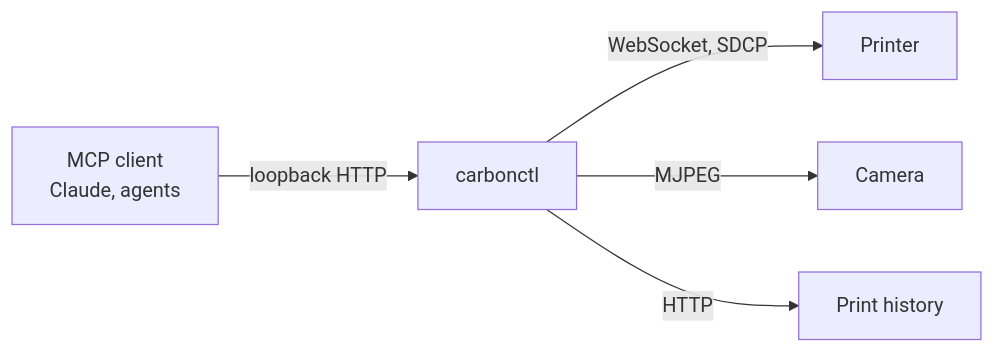
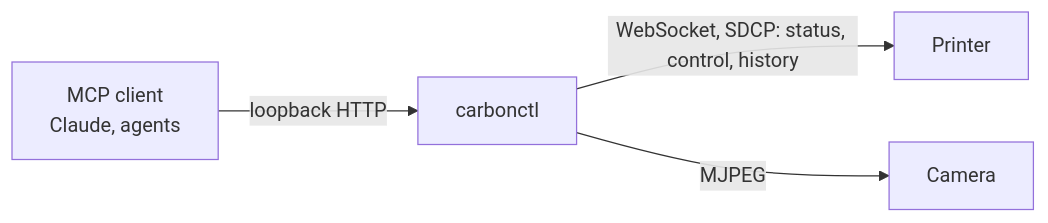
The diagram in README.md (kuhree/carbonctl), drawn with Mermaid before and after one commit. The commit also changed other lines of this file and 7 other files, not shown here.

Commit message:
fix(history): read print history over SDCP (cmds 320/321) (#3)

````diff
--- a/README.md
+++ b/README.md
@@ -8,7 +8,6 @@
 ```mermaid
 flowchart LR
   A[MCP client<br/>Claude, agents] -->|loopback HTTP| C[carbonctl]
-  C -->|WebSocket, SDCP| P[Printer]
+  C -->|WebSocket, SDCP: status, control, history| P[Printer]
   C -->|MJPEG| K[Camera]
-  C -->|HTTP| H[Print history]
 ```
````
